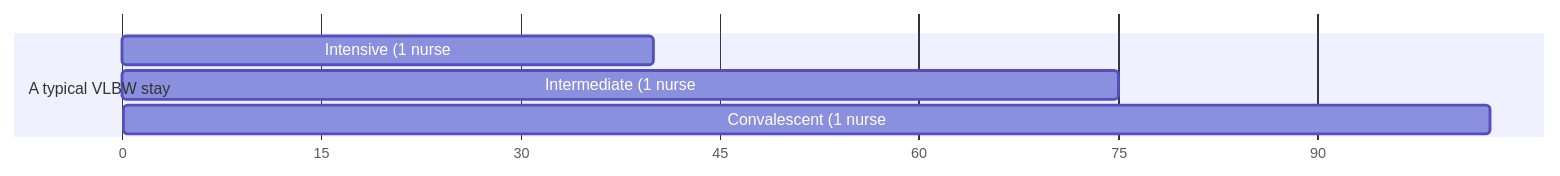
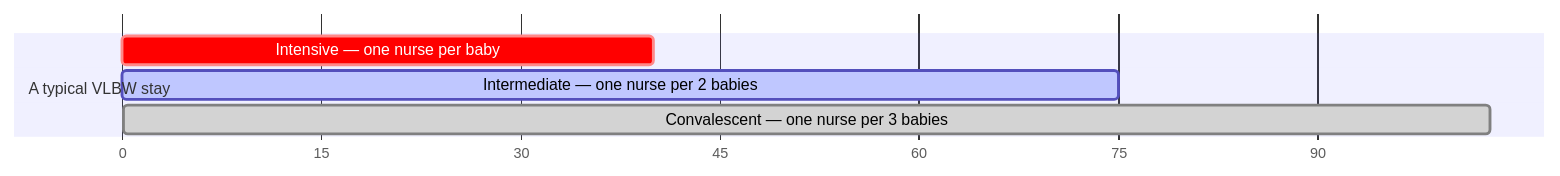
The second of 3 diagrams in README.md (abdulrazakucc/patient-nurse-schedule), drawn with Mermaid before and after one commit.

Commit message:
Fix mermaid gantt labels for GitHub rendering

````diff
--- a/README.md
+++ b/README.md
@@ -72,9 +72,9 @@
 ```mermaid
 gantt
     dateFormat X
     axisFormat %s
     section A typical VLBW stay
-    Intensive (1 nurse : 1 baby)      :crit, 0, 40
-    Intermediate (1 nurse : 2 babies) :active, 40, 75
-    Convalescent (1 nurse : 3 babies) :done, 75, 103
+    Intensive — one nurse per baby         :crit, 0, 40
+    Intermediate — one nurse per 2 babies  :active, 40, 75
+    Convalescent — one nurse per 3 babies  :done, 75, 103
 ```
````
